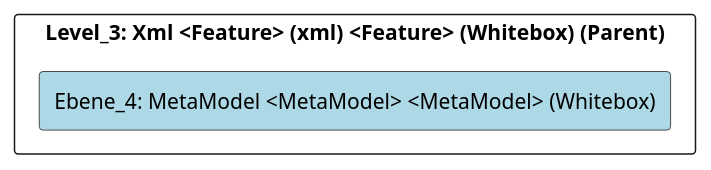
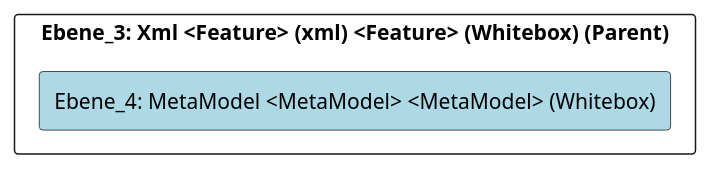
One commit to marcozwyssig/cleon changed the diagram in doc/cleonproject_deliverables_architecture_model_architecture/adoc/de/05_bausteinsicht/cleon/common/xml/metamodel/ebene_4_metamodel.adoc. Above: the diagram before and after it, drawn with PlantUML. The commit also changed other lines of this file and 620 other files, not shown here.

```diff
--- a/doc/cleonproject_deliverables_architecture_model_architecture/adoc/de/05_bausteinsicht/cleon/common/xml/metamodel/ebene_4_metamodel.adoc
+++ b/doc/cleonproject_deliverables_architecture_model_architecture/adoc/de/05_bausteinsicht/cleon/common/xml/metamodel/ebene_4_metamodel.adoc
@@ -20,24 +20,24 @@
 [plantuml, Ebene_4: MetaModel <MetaModel> <MetaModel> (Whitebox)BlockOverview, format="svg"]
 ----
 @startuml Ebene_4: MetaModel <MetaModel> <MetaModel> (Whitebox)BuildingBlockOverview
 
 skinparam ranksep 10
 skinparam componentStyle rectangle
 skinparam shadowing false
 skinparam arrowColor lightblue
 skinparam arrowThickness 1.2
 skinparam rectangle {
   BackgroundColor White
   BorderColor #333
   RoundCorner 10
 }
 top to bottom direction
 
-component "Level_3: Xml <Feature> (xml) <Feature> (Whitebox) (Parent)" {
+component "Ebene_3: Xml <Feature> (xml) <Feature> (Whitebox) (Parent)" {
     component "Ebene_4: MetaModel <MetaModel> <MetaModel> (Whitebox)" #lightblue {
     }
 
 }
 
 @enduml
 ----
```
